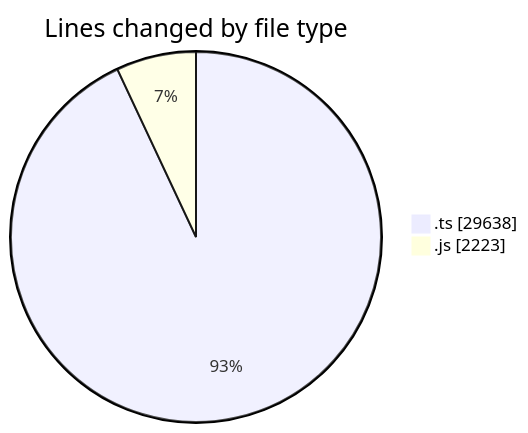
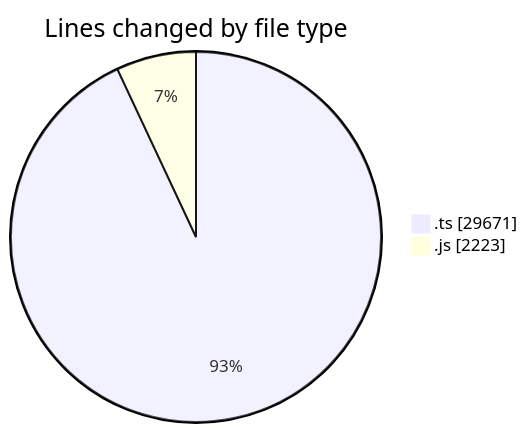
The first of 2 diagrams in 2025-06-26/cda/README.md (momahboobian/code-tracking), drawn with Mermaid before and after one commit. The commit also changed other lines of this file and 1 other file, not shown here.

````diff
--- a/2025-06-26/cda/README.md
+++ b/2025-06-26/cda/README.md
@@ -32,6 +32,6 @@
 ```mermaid
 pie showData
 title Lines changed by file type
-".ts" : 29638
+".ts" : 29671
 ".js" : 2223
 ```
````
